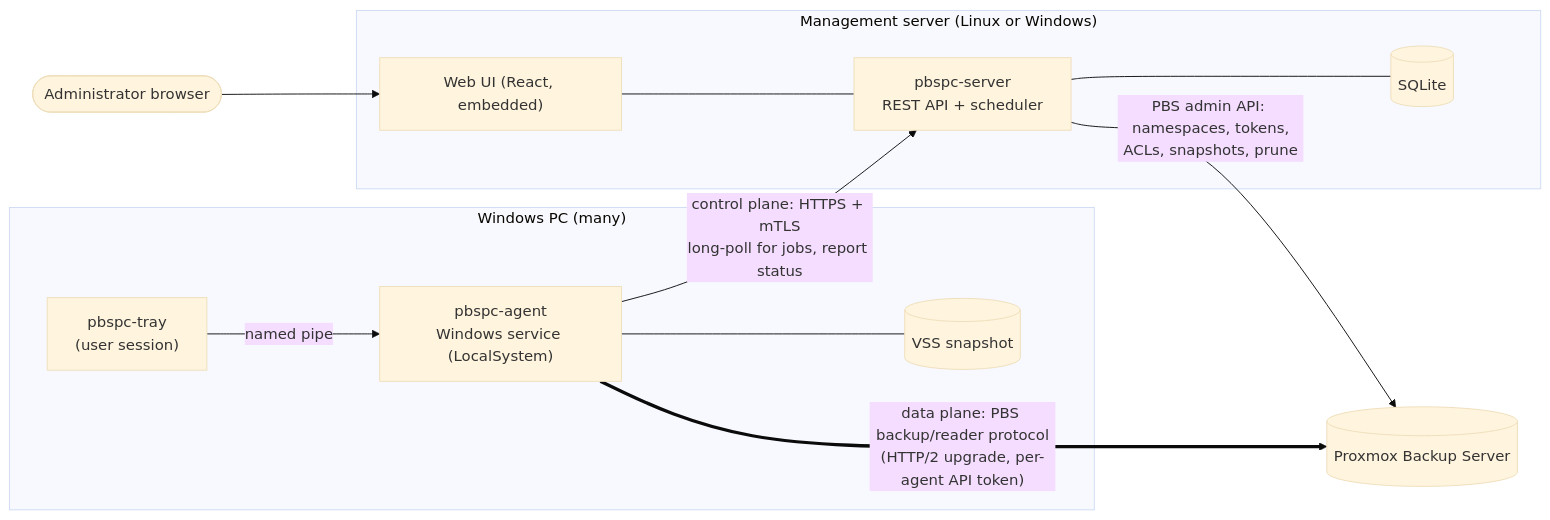
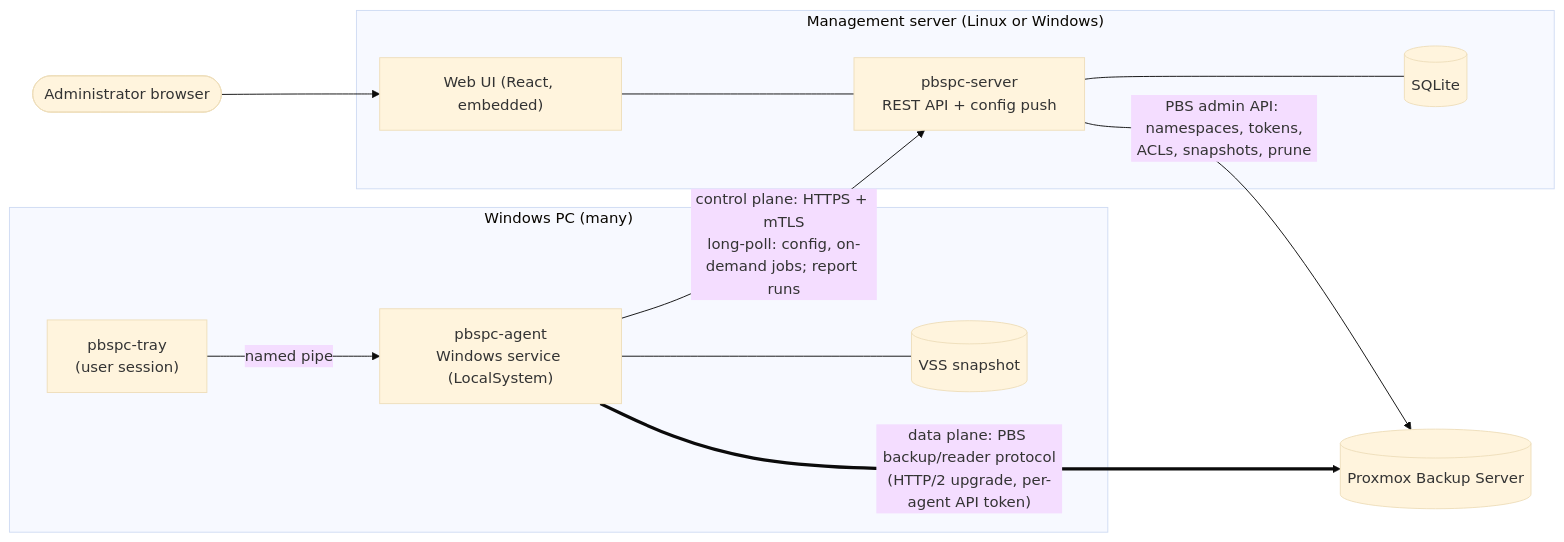
The first of 4 diagrams in docs/architecture.md (Lopicl/proxbackup-solution), drawn with Mermaid (base theme) before and after one commit. The commit also changed other lines of this file and 21 other files, not shown here.

````diff
--- a/docs/architecture.md
+++ b/docs/architecture.md
@@ -21,24 +22,24 @@
 ```mermaid
 flowchart LR
   subgraph PC["Windows PC (many)"]
     TRAY["pbspc-tray<br/>(user session)"] -- named pipe --> AGENT
     AGENT["pbspc-agent<br/>Windows service (LocalSystem)"]
     VSS[(VSS snapshot)]
     AGENT --- VSS
   end
 
   subgraph MGMT["Management server (Linux or Windows)"]
-    API["pbspc-server<br/>REST API + scheduler"]
+    API["pbspc-server<br/>REST API + config push"]
     UI["Web UI (React, embedded)"]
     DB[(SQLite)]
     API --- DB
     UI --- API
   end
 
   PBS[("Proxmox Backup Server")]
 
-  AGENT -- "control plane: HTTPS + mTLS<br/>long-poll for jobs, report status" --> API
+  AGENT -- "control plane: HTTPS + mTLS<br/>long-poll: config, on-demand jobs; report runs" --> API
   AGENT == "data plane: PBS backup/reader protocol<br/>(HTTP/2 upgrade, per-agent API token)" ==> PBS
   API -- "PBS admin API: namespaces, tokens,<br/>ACLs, snapshots, prune" --> PBS
   ADMIN(["Administrator browser"]) --> UI
 ```
````
